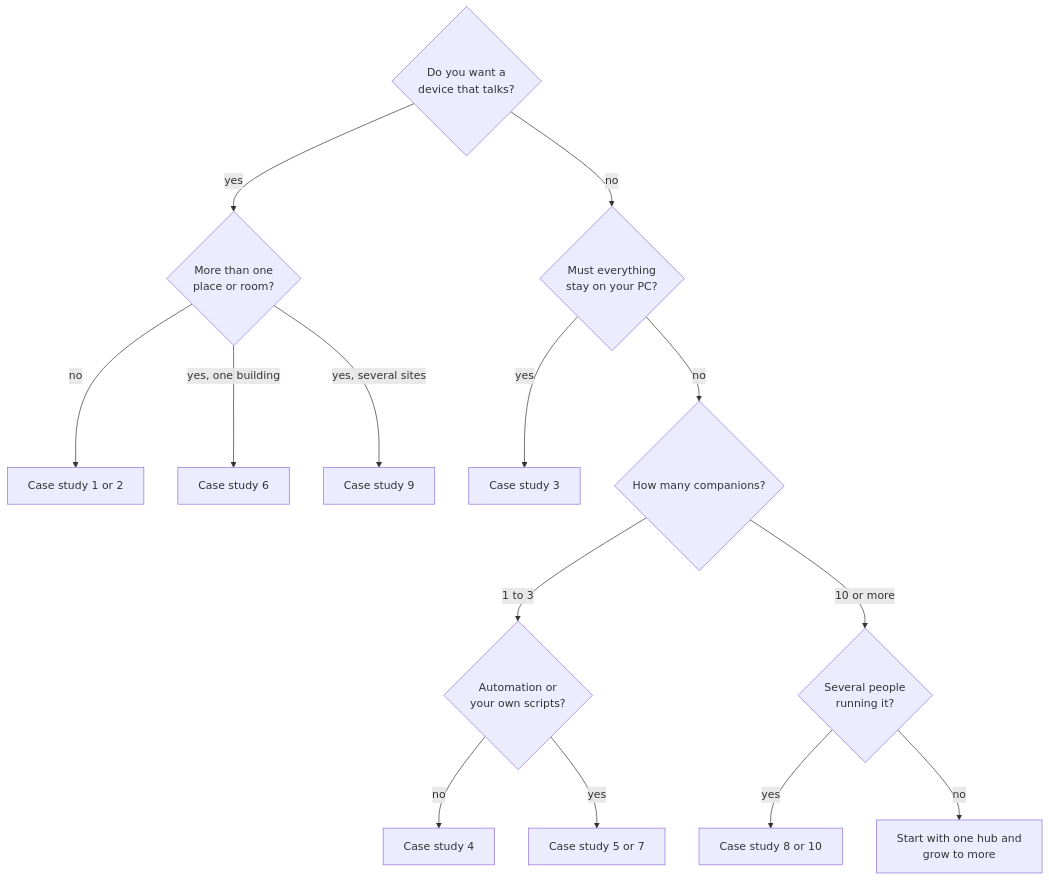
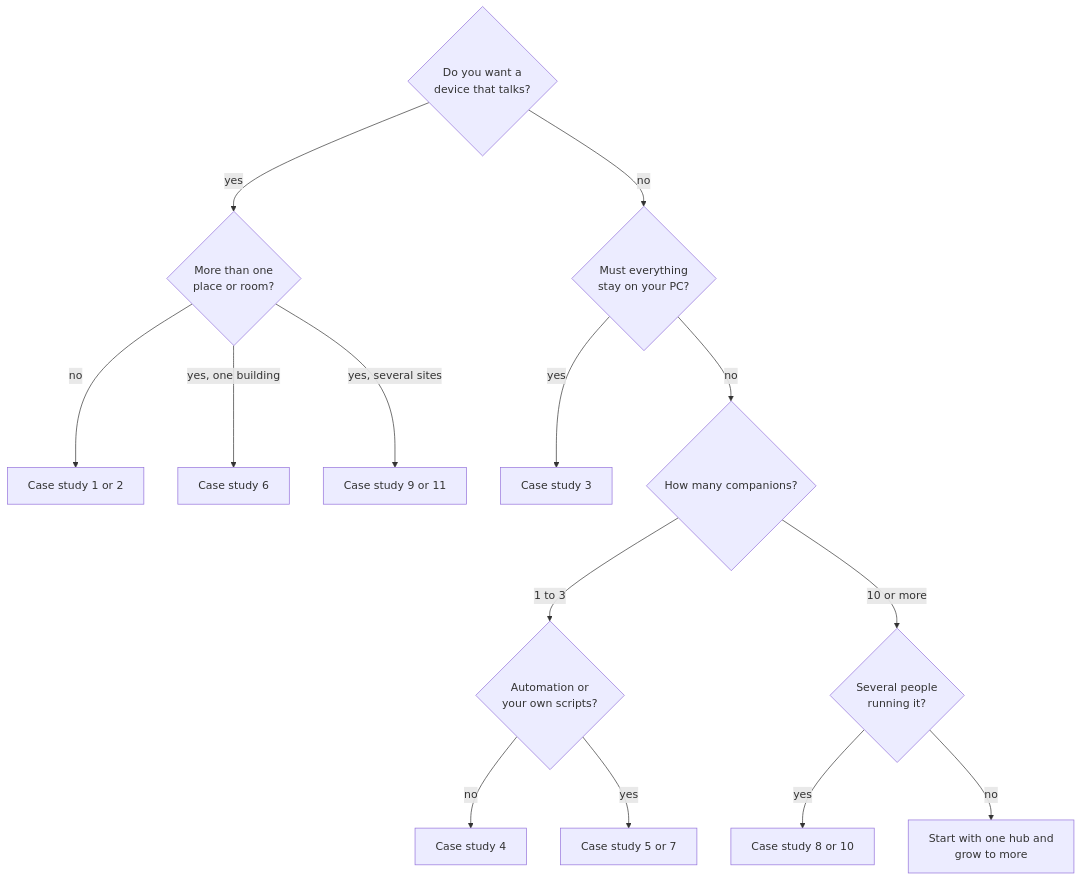
One commit to Smugandcomfy/waifu-ai-desktop changed diagram 17 of 17 in docs/USE_CASES.md. Above: the diagram before and after it, drawn with Mermaid. The commit also changed other lines of this file and 2 other files, not shown here.

Commit message:
Use cases: case study 11, the remote network (10 sites, one server, one orchestrator)

````diff
--- a/docs/USE_CASES.md
+++ b/docs/USE_CASES.md
@@ -578,16 +638,16 @@
 ```mermaid
 flowchart TD
     Q1{"Do you want a<br/>device that talks?"} -- yes --> Q2{"More than one<br/>place or room?"}
     Q1 -- no --> Q3{"Must everything<br/>stay on your PC?"}
     Q2 -- "no" --> C1["Case study 1 or 2"]
     Q2 -- "yes, one building" --> C6["Case study 6"]
-    Q2 -- "yes, several sites" --> C9["Case study 9"]
+    Q2 -- "yes, several sites" --> C9["Case study 9 or 11"]
     Q3 -- yes --> C3["Case study 3"]
     Q3 -- no --> Q4{"How many companions?"}
     Q4 -- "1 to 3" --> Q5{"Automation or<br/>your own scripts?"}
     Q5 -- no --> C4["Case study 4"]
     Q5 -- yes --> C57["Case study 5 or 7"]
     Q4 -- "10 or more" --> Q6{"Several people<br/>running it?"}
     Q6 -- yes --> C810["Case study 8 or 10"]
     Q6 -- no --> C9b["Start with one hub and<br/>grow to more"]
 ```
````
